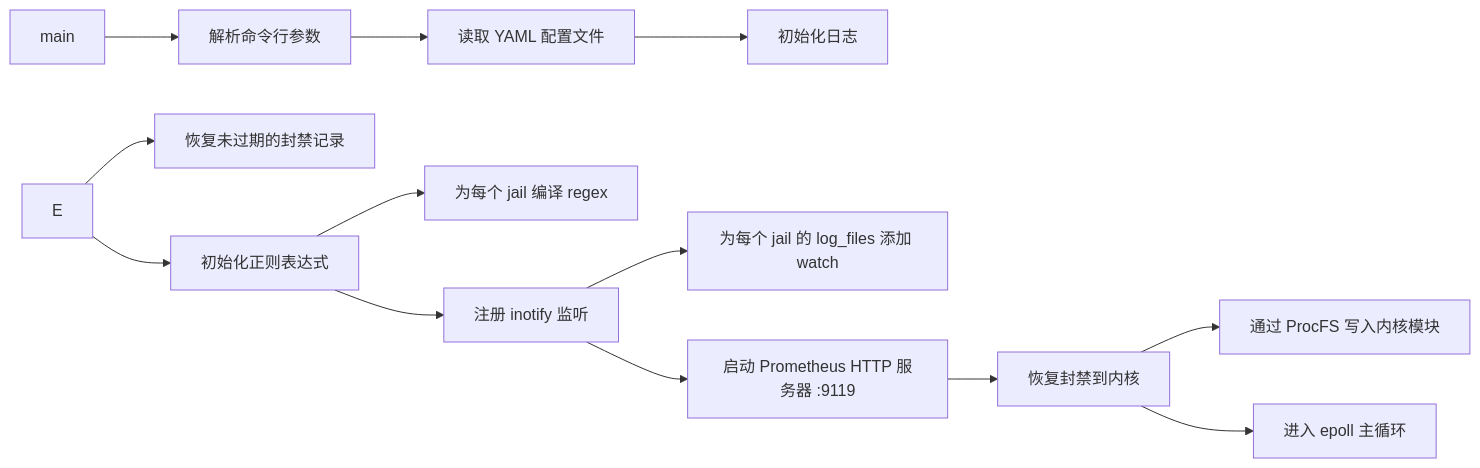
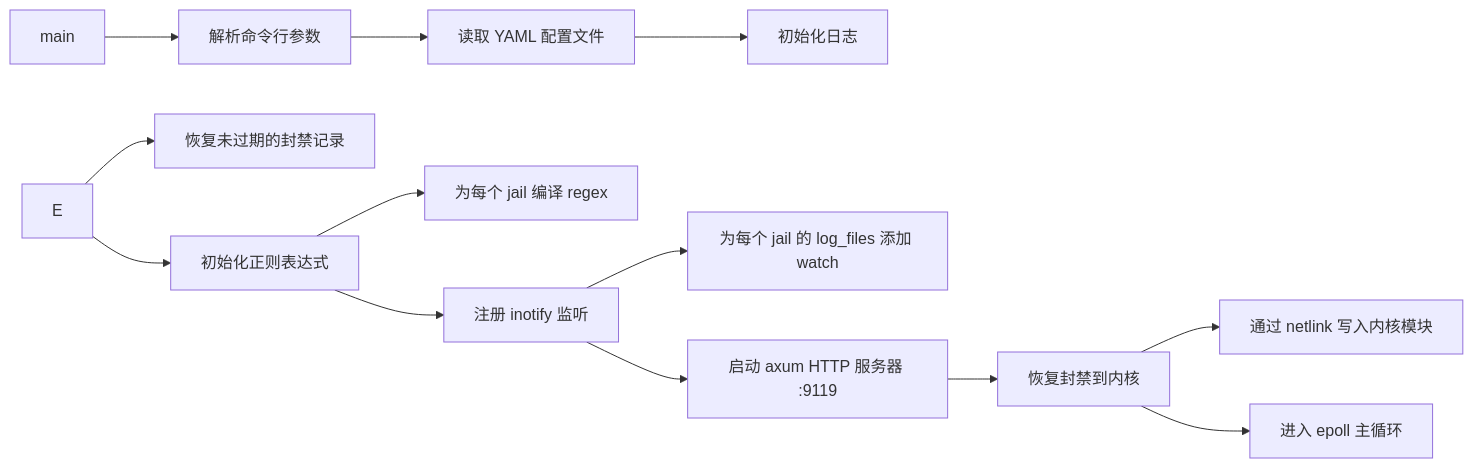
One commit to SnowCore8/linux-firewall-kmod changed the third of 7 diagrams in docs/zh/architecture/daemon.md. Above: the diagram before and after it, drawn with Mermaid. The commit also changed other lines of this file and 6 other files, not shown here.

First line of the commit message:
docs: align architecture framework (#10)

````diff
--- a/docs/zh/architecture/daemon.md
+++ b/docs/zh/architecture/daemon.md
@@ -130,15 +142,15 @@
 ```mermaid
 graph LR
     A["main"] --> B["解析命令行参数"]
     B --> C["读取 YAML 配置文件"]
     C --> D["初始化日志"]
     E --> E1["恢复未过期的封禁记录"]
     E --> F["初始化正则表达式"]
     F --> F1["为每个 jail 编译 regex"]
     F --> G["注册 inotify 监听"]
     G --> G1["为每个 jail 的 log_files 添加 watch"]
-    G --> H["启动 Prometheus HTTP 服务器 :9119"]
+    G --> H["启动 axum HTTP 服务器 :9119"]
     H --> I["恢复封禁到内核"]
-    I --> I1["通过 ProcFS 写入内核模块"]
+    I --> I1["通过 netlink 写入内核模块"]
     I --> J["进入 epoll 主循环"]
 ```
````
